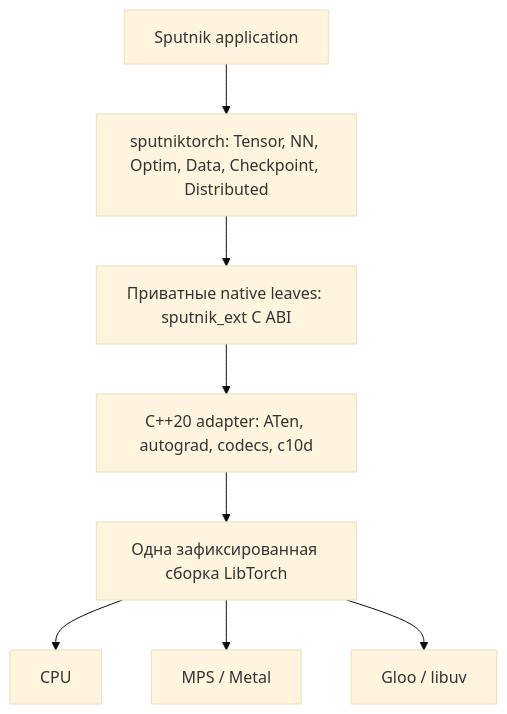
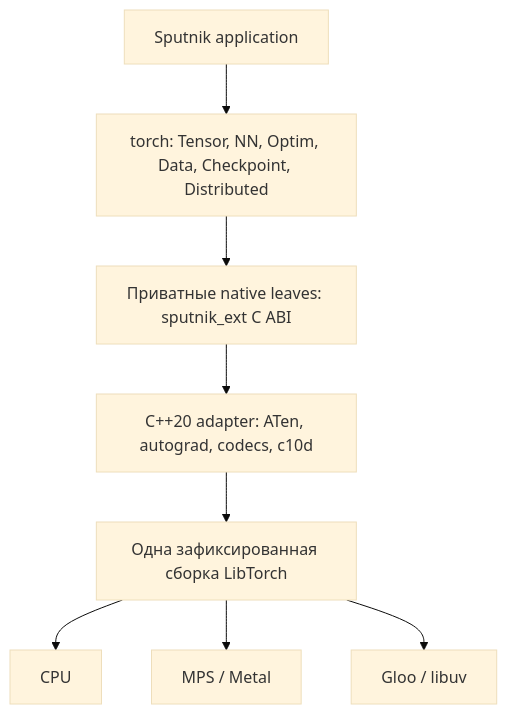
The diagram in docs/architecture.md (orlando-labs/torch), drawn with Mermaid (base theme) before and after one commit. The commit also changed other lines of this file and 374 other files, not shown here.

````diff
--- a/docs/architecture.md
+++ b/docs/architecture.md
@@ -27,10 +27,10 @@
 ```mermaid
 flowchart TD
-  A[Sputnik application] --> B[sputniktorch: Tensor, NN, Optim, Data, Checkpoint, Distributed]
+  A[Sputnik application] --> B[torch: Tensor, NN, Optim, Data, Checkpoint, Distributed]
   B --> C[Приватные native leaves: sputnik_ext C ABI]
   C --> D[C++20 adapter: ATen, autograd, codecs, c10d]
   D --> E[Одна зафиксированная сборка LibTorch]
   E --> F[CPU]
   E --> G[MPS / Metal]
   E --> H[Gloo / libuv]
 ```
````
